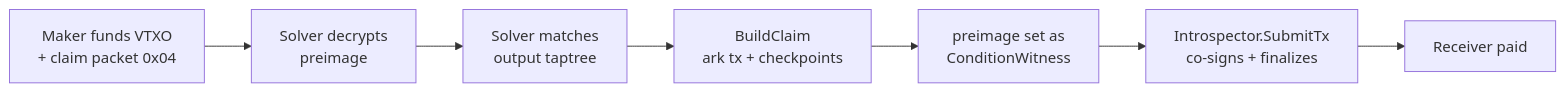
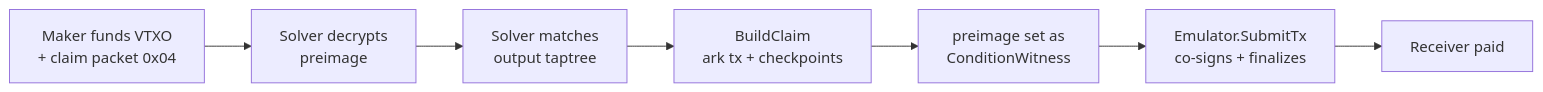
Before and after one commit to arkade-os/solver: the diagram in wiki/Preimage-Claim-Protocol.md, drawn with Mermaid. The commit also changed other lines of this file and 39 other files, not shown here.

Commit message:
rename introspector  -> emulator

````diff
--- a/wiki/Preimage-Claim-Protocol.md
+++ b/wiki/Preimage-Claim-Protocol.md
@@ -151,9 +151,9 @@
 ```mermaid
 graph LR
     A[Maker funds VTXO<br/>+ claim packet 0x04] --> B[Solver decrypts<br/>preimage]
     B --> C[Solver matches<br/>output taptree]
     C --> D[BuildClaim<br/>ark tx + checkpoints]
     D --> E[preimage set as<br/>ConditionWitness]
-    E --> F[Introspector.SubmitTx<br/>co-signs + finalizes]
+    E --> F[Emulator.SubmitTx<br/>co-signs + finalizes]
     F --> G[Receiver paid]
 ```
````
